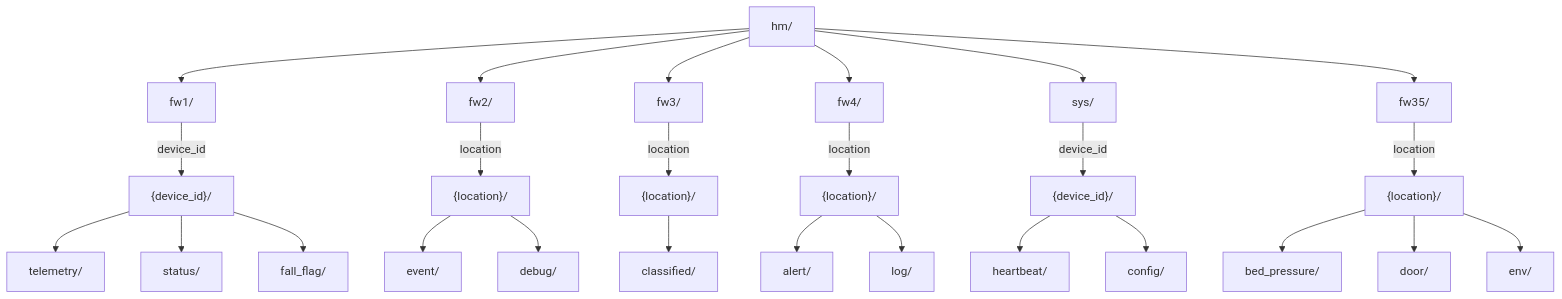
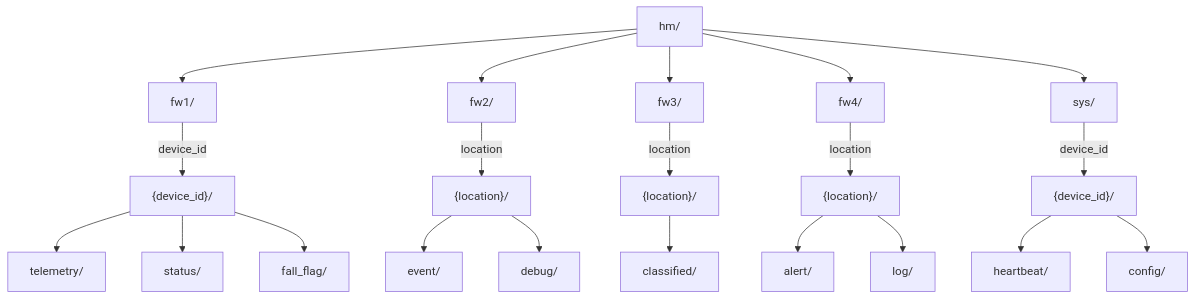
One commit to trademomentum-llc/heuristicmesh changed the fifth of 7 diagrams in docs/DEPLOYMENT_ARCHITECTURE.md. Above: the diagram before and after it, drawn with Mermaid. The commit also changed other lines of this file and 21 other files, not shown here.

````diff
--- a/docs/DEPLOYMENT_ARCHITECTURE.md
+++ b/docs/DEPLOYMENT_ARCHITECTURE.md
@@ -286,34 +281,28 @@
 ```mermaid
 flowchart TD
     ROOT[hm/] --> FW1[fw1/]
     ROOT --> FW2[fw2/]
     ROOT --> FW3[fw3/]
     ROOT --> FW4[fw4/]
     ROOT --> SYS[sys/]
-    ROOT --> FW35[fw35/]
     
     FW1 -->|device_id| FW1_DEV["{device_id}/"]
     FW1_DEV --> TELE[telemetry/]
     FW1_DEV --> STATUS[status/]
     FW1_DEV --> FALL[fall_flag/]
     
     FW2 -->|location| FW2_LOC["{location}/"]
     FW2_LOC --> EVENT[event/]
     FW2_LOC --> DEBUG[debug/]
     
     FW3 -->|location| FW3_LOC["{location}/"]
     FW3_LOC --> CLASS[classified/]
     
     FW4 -->|location| FW4_LOC["{location}/"]
     FW4_LOC --> ALERT[alert/]
     FW4_LOC --> LOG[log/]
     
     SYS -->|device_id| SYS_DEV["{device_id}/"]
     SYS_DEV --> HB[heartbeat/]
     SYS_DEV --> CONFIG[config/]
-    
-    FW35 -->|location| FW35_LOC["{location}/"]
-    FW35_LOC --> SENSOR1[bed_pressure/]
-    FW35_LOC --> SENSOR2[door/]
-    FW35_LOC --> ENV[env/]
 ```
````
